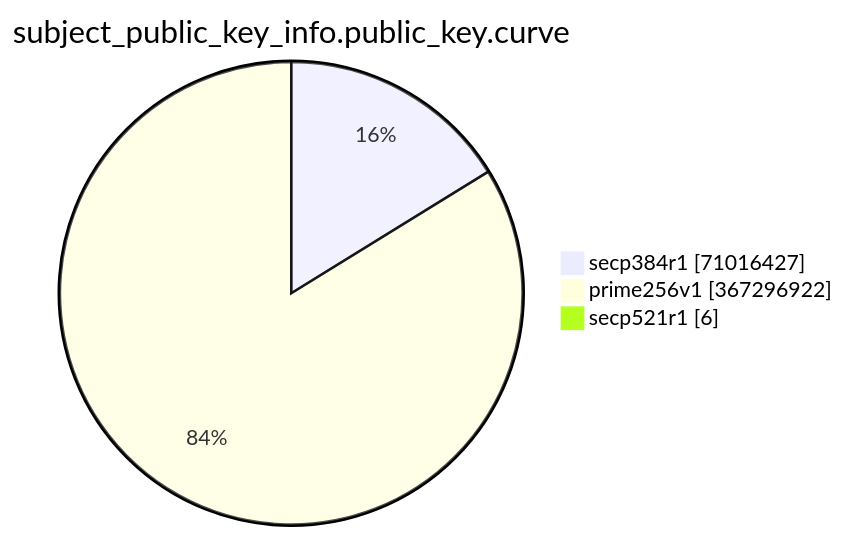
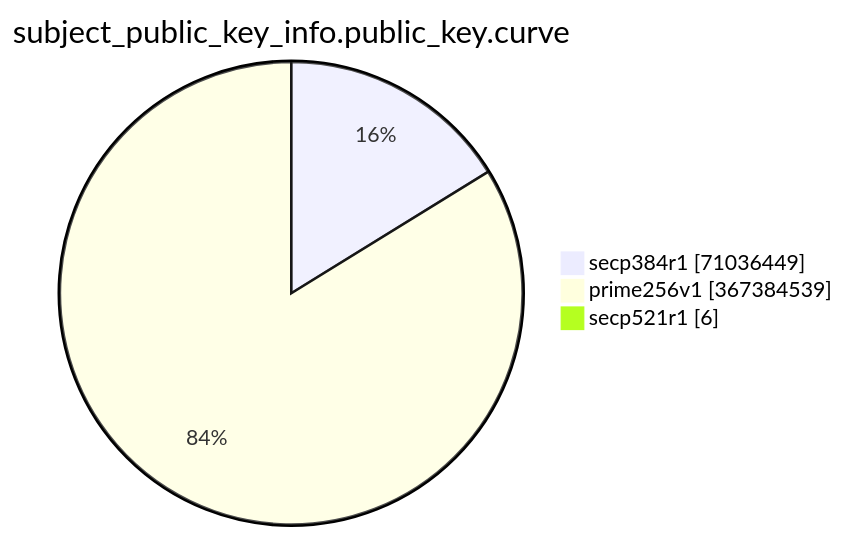
One commit to christiankrug/ctmonitor_visualization changed the eighth of 15 diagrams in TOTAL/README.md. Above: the diagram before and after it, drawn with Mermaid. The commit also changed other lines of this file, not shown here.

````diff
--- a/TOTAL/README.md
+++ b/TOTAL/README.md
@@ -3092,7 +3092,7 @@
 ```mermaid
 pie showData
 title subject_public_key_info.public_key.curve
-"secp384r1" :71016427
-"prime256v1" :367296922
+"secp384r1" :71036449
+"prime256v1" :367384539
 "secp521r1" :6
 ```
````
